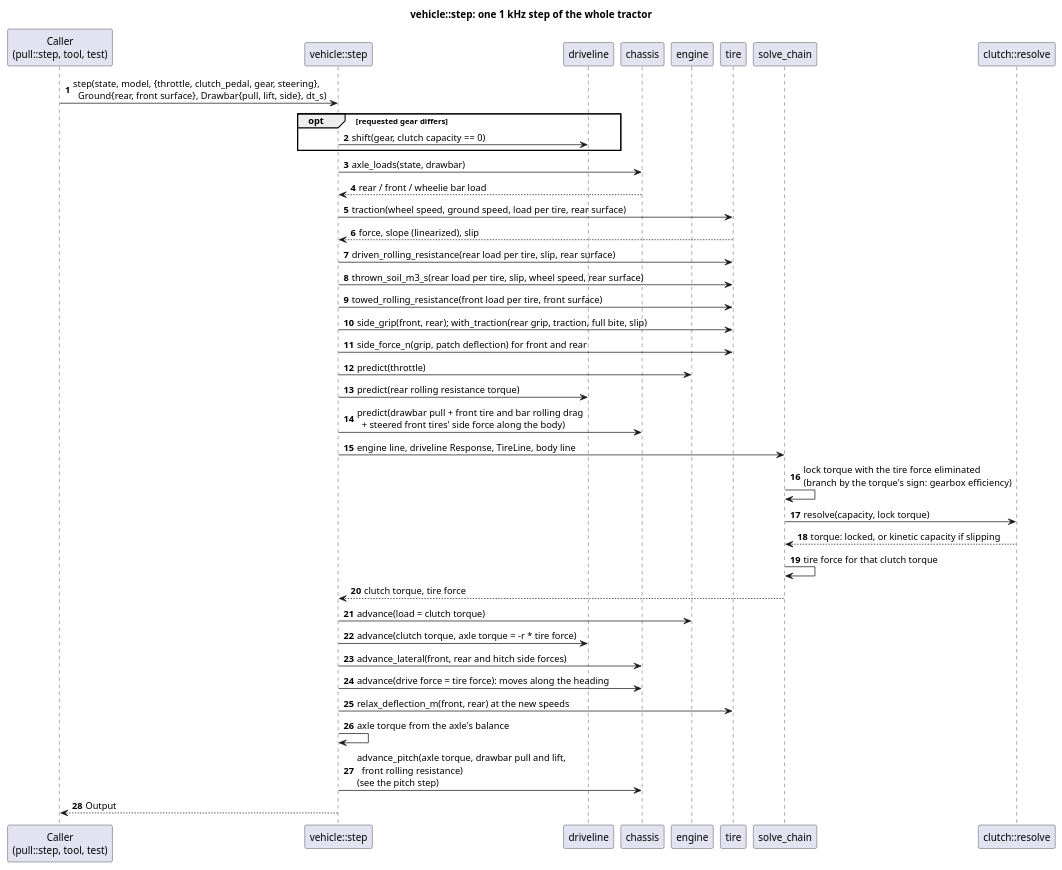
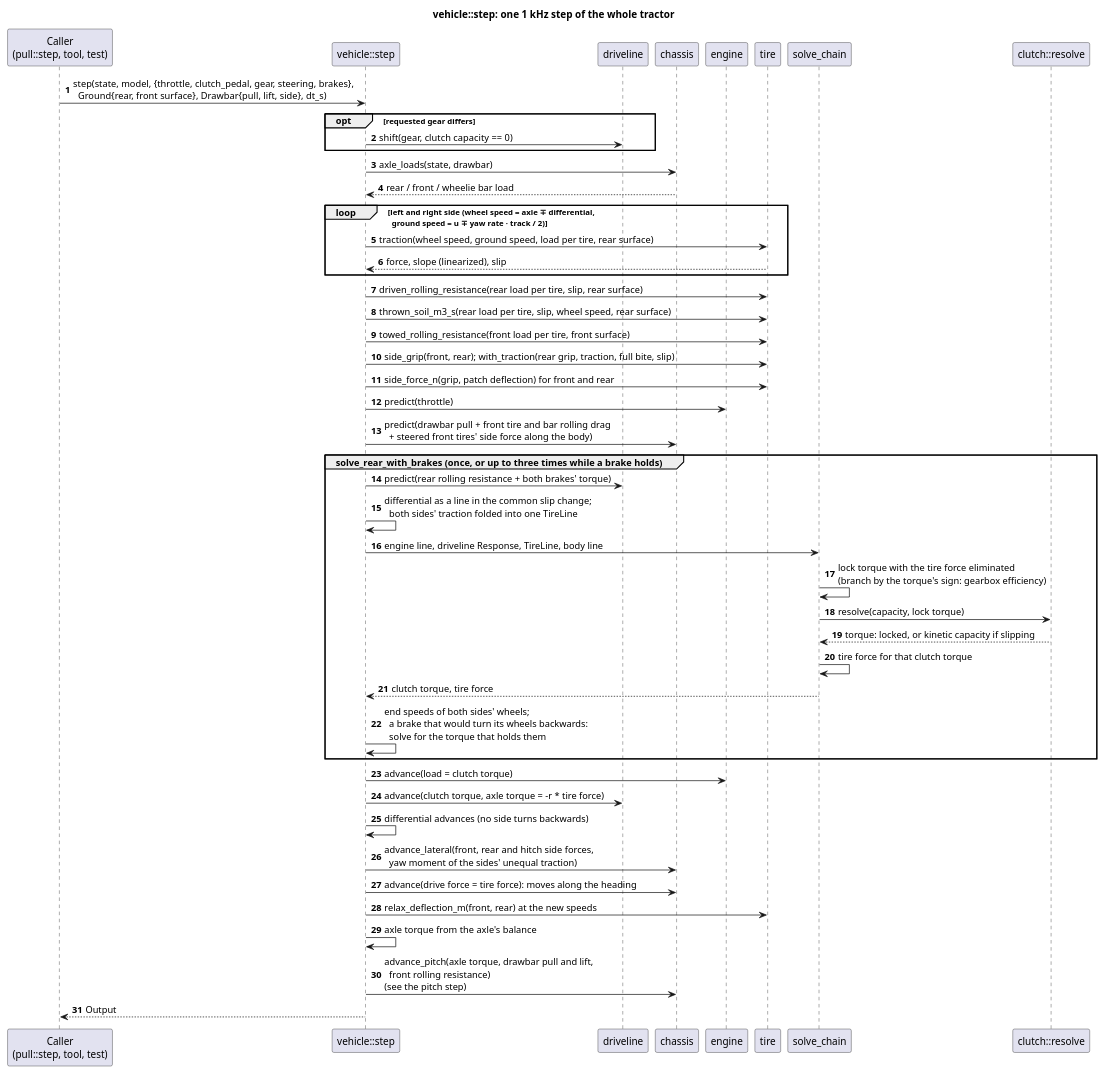
One commit to wversteeg/TractorPulling changed the diagram in docs/diagrams/vehicle_step_sequence.puml. Above: the diagram before and after it, drawn with PlantUML. The commit also changed 27 other files, not shown here.

```diff
--- a/docs/diagrams/vehicle_step_sequence.puml
+++ b/docs/diagrams/vehicle_step_sequence.puml
@@ -1,43 +1,50 @@
 @startuml vehicle_step_sequence
 title vehicle::step: one 1 kHz step of the whole tractor
 autonumber
 participant "Caller\n(pull::step, tool, test)" as Caller
 participant "vehicle::step" as Step
 participant "driveline" as Driveline
 participant "chassis" as Chassis
 participant "engine" as Engine
 participant "tire" as Tire
 participant "solve_chain" as Solve
 participant "clutch::resolve" as Clutch
 
-Caller -> Step : step(state, model, {throttle, clutch_pedal, gear, steering},\n  Ground{rear, front surface}, Drawbar{pull, lift, side}, dt_s)
+Caller -> Step : step(state, model, {throttle, clutch_pedal, gear, steering, brakes},\n  Ground{rear, front surface}, Drawbar{pull, lift, side}, dt_s)
 opt requested gear differs
   Step -> Driveline : shift(gear, clutch capacity == 0)
 end
 Step -> Chassis : axle_loads(state, drawbar)
 Chassis --> Step : rear / front / wheelie bar load
-Step -> Tire : traction(wheel speed, ground speed, load per tire, rear surface)
-Tire --> Step : force, slope (linearized), slip
+loop left and right side (wheel speed = axle ∓ differential,\n  ground speed = u ∓ yaw rate · track / 2)
+  Step -> Tire : traction(wheel speed, ground speed, load per tire, rear surface)
+  Tire --> Step : force, slope (linearized), slip
+end
 Step -> Tire : driven_rolling_resistance(rear load per tire, slip, rear surface)
 Step -> Tire : thrown_soil_m3_s(rear load per tire, slip, wheel speed, rear surface)
 Step -> Tire : towed_rolling_resistance(front load per tire, front surface)
 Step -> Tire : side_grip(front, rear); with_traction(rear grip, traction, full bite, slip)
 Step -> Tire : side_force_n(grip, patch deflection) for front and rear
 Step -> Engine : predict(throttle)
-Step -> Driveline : predict(rear rolling resistance torque)
 Step -> Chassis : predict(drawbar pull + front tire and bar rolling drag\n  + steered front tires' side force along the body)
+group solve_rear_with_brakes (once, or up to three times while a brake holds)
+Step -> Driveline : predict(rear rolling resistance + both brakes' torque)
+Step -> Step : differential as a line in the common slip change;\n  both sides' traction folded into one TireLine
 Step -> Solve : engine line, driveline Response, TireLine, body line
 Solve -> Solve : lock torque with the tire force eliminated\n(branch by the torque's sign: gearbox efficiency)
 Solve -> Clutch : resolve(capacity, lock torque)
 Clutch --> Solve : torque: locked, or kinetic capacity if slipping
 Solve -> Solve : tire force for that clutch torque
 Solve --> Step : clutch torque, tire force
+Step -> Step : end speeds of both sides' wheels;\n  a brake that would turn its wheels backwards:\n  solve for the torque that holds them
+end
 Step -> Engine : advance(load = clutch torque)
 Step -> Driveline : advance(clutch torque, axle torque = -r * tire force)
-Step -> Chassis : advance_lateral(front, rear and hitch side forces)
+Step -> Step : differential advances (no side turns backwards)
+Step -> Chassis : advance_lateral(front, rear and hitch side forces,\n  yaw moment of the sides' unequal traction)
 Step -> Chassis : advance(drive force = tire force): moves along the heading
 Step -> Tire : relax_deflection_m(front, rear) at the new speeds
 Step -> Step : axle torque from the axle's balance
 Step -> Chassis : advance_pitch(axle torque, drawbar pull and lift,\n  front rolling resistance)\n(see the pitch step)
 Step --> Caller : Output
 @enduml
```
